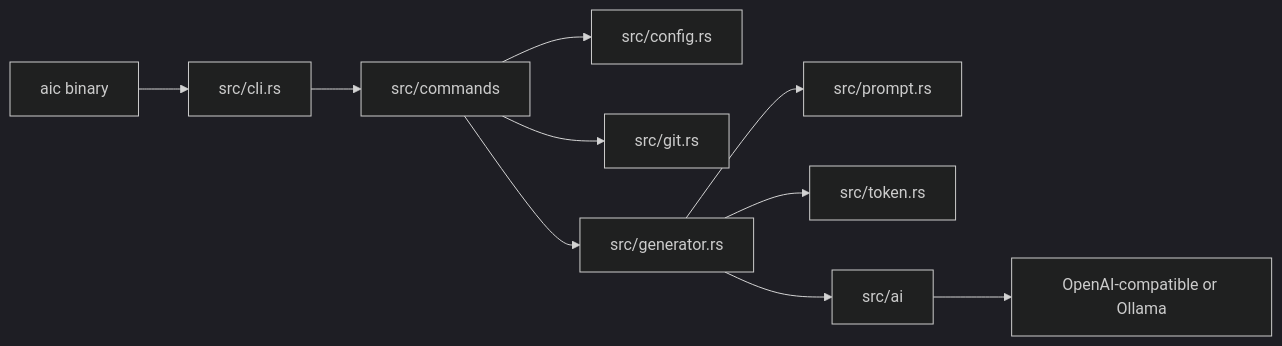
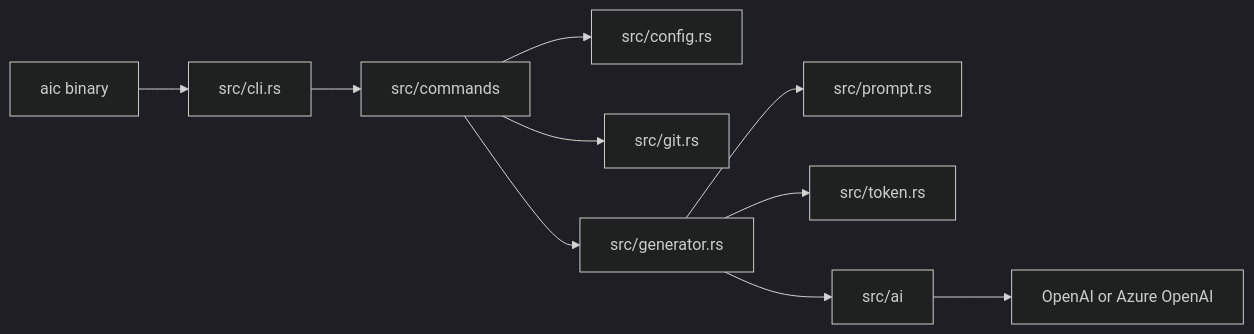
Before and after one commit to russmckendrick/aicommit: the first of 2 diagrams in docs/architecture.md, drawn with Mermaid (dark theme). The commit also changed 11 other files, not shown here.

First line of the commit message:
✨ feat(provider): narrow support to openai and azure openai

````diff
--- a/docs/architecture.md
+++ b/docs/architecture.md
@@ -18,12 +18,12 @@
 ```mermaid
 flowchart LR
     Bin["aic binary"] --> Cli["src/cli.rs"]
     Cli --> Commands["src/commands"]
     Commands --> Config["src/config.rs"]
     Commands --> Git["src/git.rs"]
     Commands --> Generator["src/generator.rs"]
     Generator --> Prompt["src/prompt.rs"]
     Generator --> Token["src/token.rs"]
     Generator --> Ai["src/ai"]
-    Ai --> Provider["OpenAI-compatible or Ollama"]
+    Ai --> Provider["OpenAI or Azure OpenAI"]
 ```
````
